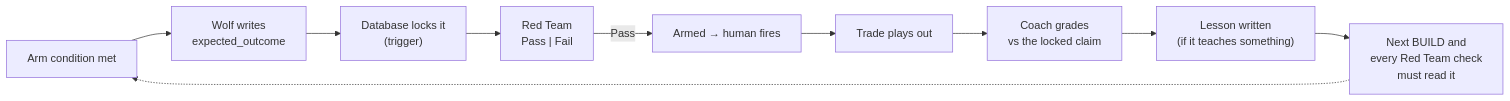
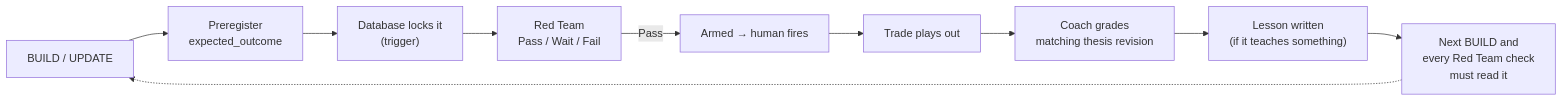
One commit to imranchatur-cpu/TradeOps-Public changed the diagram in docs/PREDICTION-LOG.md. Above: the diagram before and after it, drawn with Mermaid. The commit also changed other lines of this file and 26 other files, not shown here.

````diff
--- a/docs/PREDICTION-LOG.md
+++ b/docs/PREDICTION-LOG.md
@@ -11,12 +11,12 @@
 ```mermaid
 flowchart LR
-    A["Arm condition met"] --> B["Wolf writes<br/>expected_outcome"]
+    A["BUILD / UPDATE"] --> B["Preregister<br/>expected_outcome"]
     B --> C["Database locks it<br/>(trigger)"]
-    C --> D["Red Team<br/>Pass | Fail"]
+    C --> D["Red Team<br/>Pass / Wait / Fail"]
     D -->|"Pass"| E["Armed → human fires"]
     E --> F["Trade plays out"]
-    F --> G["Coach grades<br/>vs the locked claim"]
+    F --> G["Coach grades<br/>matching thesis revision"]
     G --> H["Lesson written<br/>(if it teaches something)"]
     H --> I["Next BUILD and<br/>every Red Team check<br/>must read it"]
     I -.-> A
 ```
````
